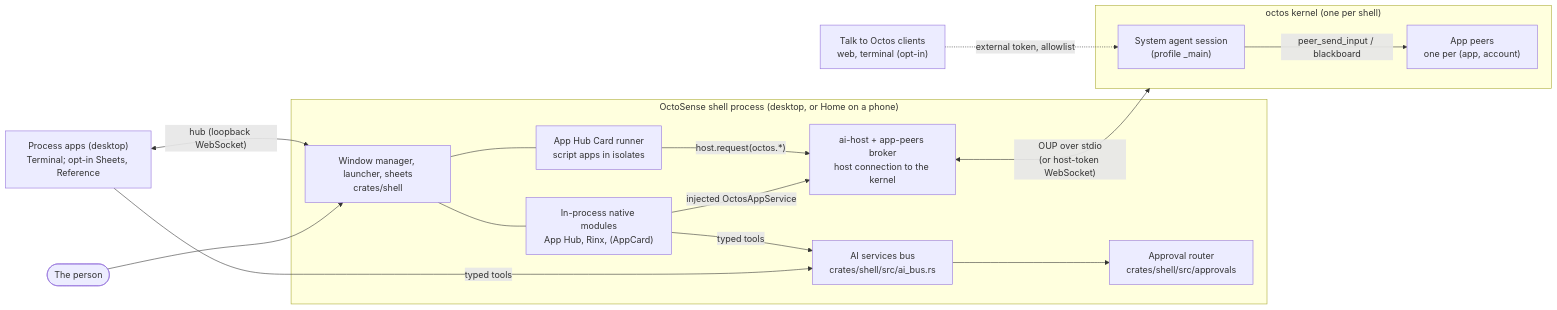
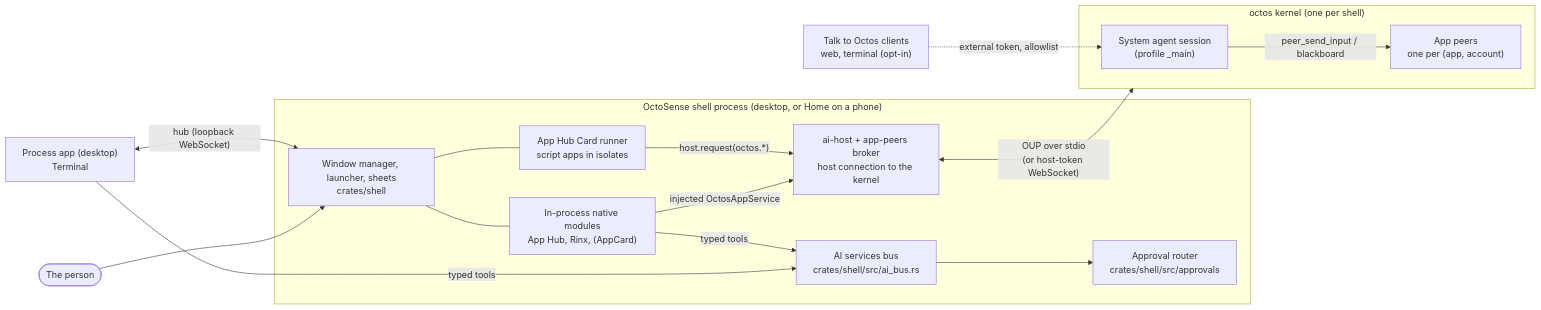
One commit to OctoSense-org/OctoSense changed the first of 5 diagrams in docs/architecture.md. Above: the diagram before and after it, drawn with Mermaid. The commit also changed other lines of this file and 8 other files, not shown here.

First line of the commit message:
native-apps: host Sheets and Reference in-process everywhere [skip ci]

````diff
--- a/docs/architecture.md
+++ b/docs/architecture.md
@@ -31,30 +31,30 @@
 ```mermaid
 flowchart LR
   person(["The person"])
   subgraph shellp["OctoSense shell process (desktop, or Home on a phone)"]
     wm["Window manager, launcher, sheets<br/>crates/shell"]
     mods["In-process native modules<br/>App Hub, Rinx, (AppCard)"]
     runner["App Hub Card runner<br/>script apps in isolates"]
     router["Approval router<br/>crates/shell/src/approvals"]
     aihost["ai-host + app-peers broker<br/>host connection to the kernel"]
     bus["AI services bus<br/>crates/shell/src/ai_bus.rs"]
   end
-  term["Process apps (desktop)<br/>Terminal; opt-in Sheets, Reference"]
+  term["Process app (desktop)<br/>Terminal"]
   subgraph kern["octos kernel (one per shell)"]
     sys["System agent session<br/>(profile _main)"]
     peers["App peers<br/>one per (app, account)"]
   end
   ext["Talk to Octos clients<br/>web, terminal (opt-in)"]
   person --> wm
   wm --- mods
   wm --- runner
   term <-->|"hub (loopback WebSocket)"| wm
   mods -- "injected OctosAppService" --> aihost
   runner -- "host.request(octos.*)" --> aihost
   aihost <-->|"OUP over stdio<br/>(or host-token WebSocket)"| kern
   sys -- "peer_send_input / blackboard" --> peers
   ext -. "external token, allowlist" .-> sys
   term -- "typed tools" --> bus
   mods -- "typed tools" --> bus
   bus --> router
 ```
````
